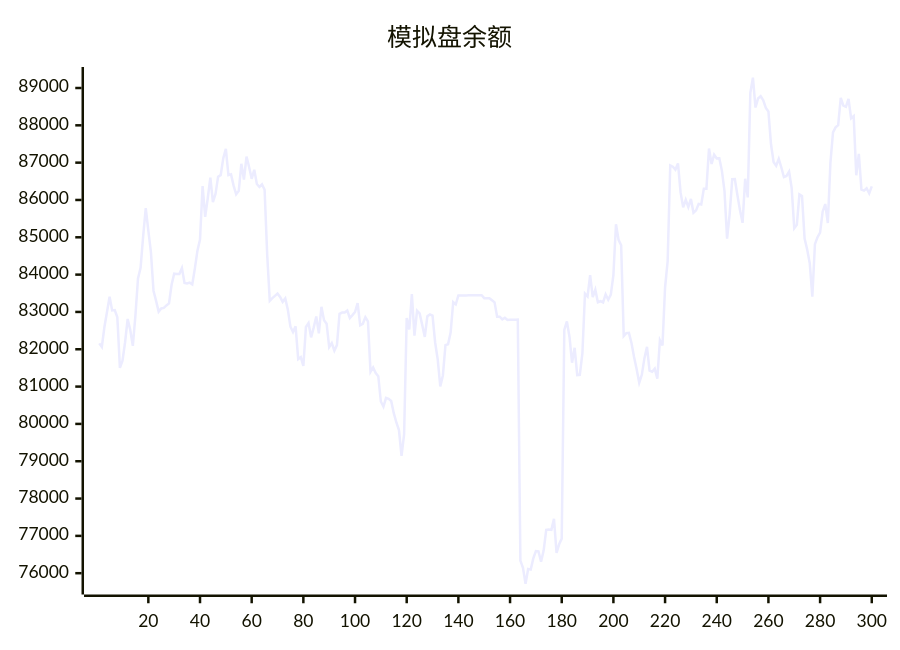
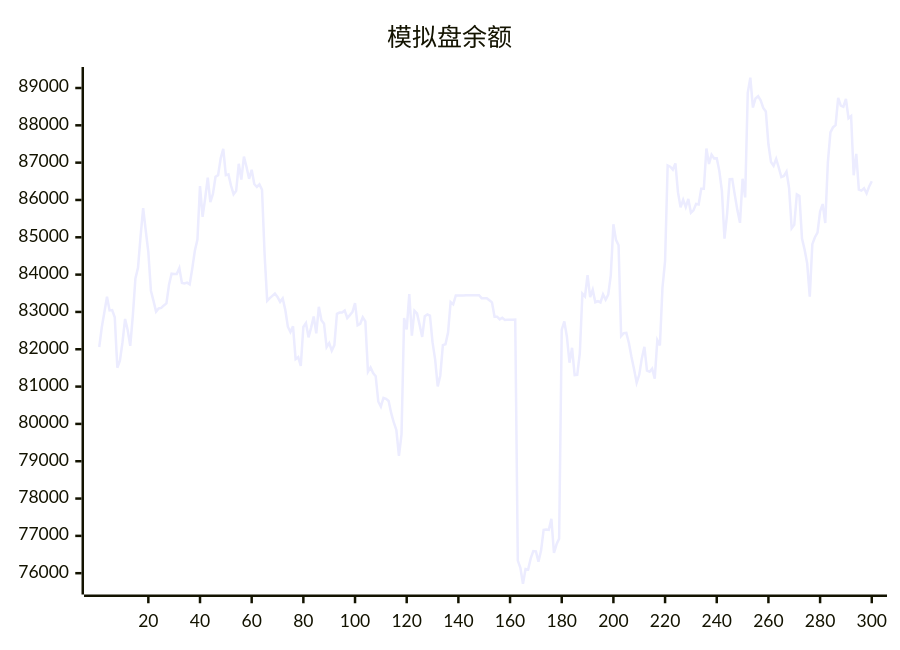
Before and after one commit to aahl/ai-trading: the diagram in README.md, drawn with Mermaid. The commit also changed other lines of this file and 1 other file, not shown here.

````diff
--- a/README.md
+++ b/README.md
@@ -5,5 +5,5 @@
 ```mermaid
 xychart
     title "模拟盘余额"
-    line [82158,82061,82596,83000,83408,83041,83050,82858,81503,81691,82188,82812,82517,82092,82901,83898,84180,85030,85781,85178,84604,83569,83298,83008,83093,83107,83175,83228,83729,84025,84017,84019,84177,83775,83762,83785,83738,84160,84639,84939,86370,85548,86046,86599,85942,86161,86622,86664,87115,87369,86666,86685,86384,86152,86243,86969,86548,87164,86885,86566,86809,86427,86348,86417,86273,84538,83299,83369,83430,83490,83404,83270,83362,83056,82605,82459,82614,81734,81788,81551,82598,82702,82320,82580,82878,82426,83139,82778,82686,82056,82166,81963,82110,82951,82983,82984,83038,82838,82915,82998,83235,82642,82682,82858,82746,81396,81512,81362,81277,80600,80461,80699,80673,80616,80288,80038,79836,79142,79722,82837,82533,83480,82366,83032,82960,82654,82330,82883,82934,82901,82188,81728,81005,81298,82110,82135,82449,83264,83203,83440,83439,83440,83440,83446,83447,83448,83447,83448,83449,83369,83369,83369,83313,83256,82872,82873,82801,82844,82785,82791,82791,82793,82794,76339,76145,75714,76110,76096,76397,76594,76585,76310,76607,77160,77170,77160,77456,76541,76774,76927,82520,82744,82337,81639,82040,81307,81314,81887,83490,83414,83984,83396,83594,83261,83287,83253,83470,83327,83465,83987,85348,84930,84786,82355,82433,82438,82167,81795,81466,81105,81315,81756,82064,81426,81398,81481,81210,82242,82099,83658,84359,86925,86892,86814,86980,86203,85802,86003,85811,86028,85657,85721,85896,85880,86300,86299,87378,86965,87214,87115,87118,86780,86238,84966,85623,86555,86562,86129,85722,85387,86569,86070,88870,89278,88477,88720,88781,88668,88467,88372,87493,87018,86917,87102,86870,86613,86644,86758,86317,85242,85334,86149,86106,84968,84671,84302,83410,84816,85001,85127,85693,85891,85384,87001,87811,87945,88007,88734,88528,88495,88705,88189,88248,86662,87234,86279,86251,86314,86177,86364]
+    line [82061,82596,83000,83408,83041,83050,82858,81503,81691,82188,82812,82517,82092,82901,83898,84180,85030,85781,85178,84604,83569,83298,83008,83093,83107,83175,83228,83729,84025,84017,84019,84177,83775,83762,83785,83738,84160,84639,84939,86370,85548,86046,86599,85942,86161,86622,86664,87115,87369,86666,86685,86384,86152,86243,86969,86548,87164,86885,86566,86809,86427,86348,86417,86273,84538,83299,83369,83430,83490,83404,83270,83362,83056,82605,82459,82614,81734,81788,81551,82598,82702,82320,82580,82878,82426,83139,82778,82686,82056,82166,81963,82110,82951,82983,82984,83038,82838,82915,82998,83235,82642,82682,82858,82746,81396,81512,81362,81277,80600,80461,80699,80673,80616,80288,80038,79836,79142,79722,82837,82533,83480,82366,83032,82960,82654,82330,82883,82934,82901,82188,81728,81005,81298,82110,82135,82449,83264,83203,83440,83439,83440,83440,83446,83447,83448,83447,83448,83449,83369,83369,83369,83313,83256,82872,82873,82801,82844,82785,82791,82791,82793,82794,76339,76145,75714,76110,76096,76397,76594,76585,76310,76607,77160,77170,77160,77456,76541,76774,76927,82520,82744,82337,81639,82040,81307,81314,81887,83490,83414,83984,83396,83594,83261,83287,83253,83470,83327,83465,83987,85348,84930,84786,82355,82433,82438,82167,81795,81466,81105,81315,81756,82064,81426,81398,81481,81210,82242,82099,83658,84359,86925,86892,86814,86980,86203,85802,86003,85811,86028,85657,85721,85896,85880,86300,86299,87378,86965,87214,87115,87118,86780,86238,84966,85623,86555,86562,86129,85722,85387,86569,86070,88870,89278,88477,88720,88781,88668,88467,88372,87493,87018,86917,87102,86870,86613,86644,86758,86317,85242,85334,86149,86106,84968,84671,84302,83410,84816,85001,85127,85693,85891,85384,87001,87811,87945,88007,88734,88528,88495,88705,88189,88248,86662,87234,86279,86251,86314,86177,86364,86503]
 ```
````
